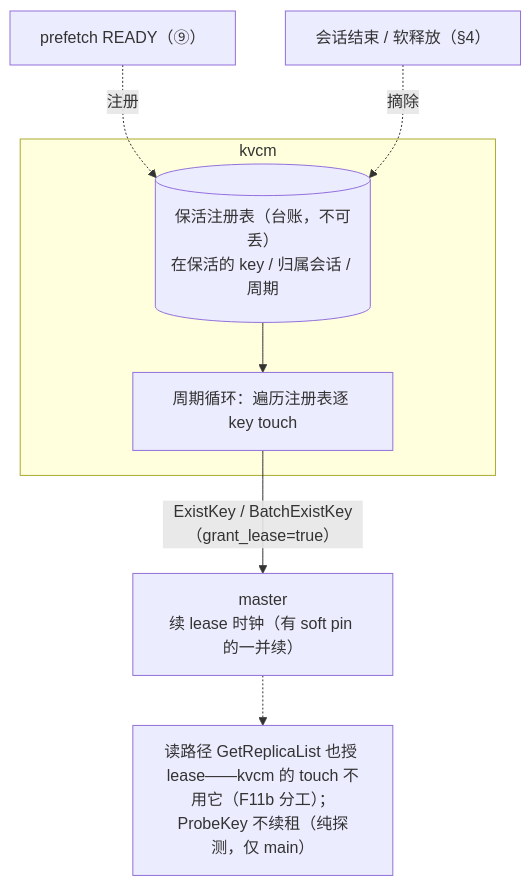
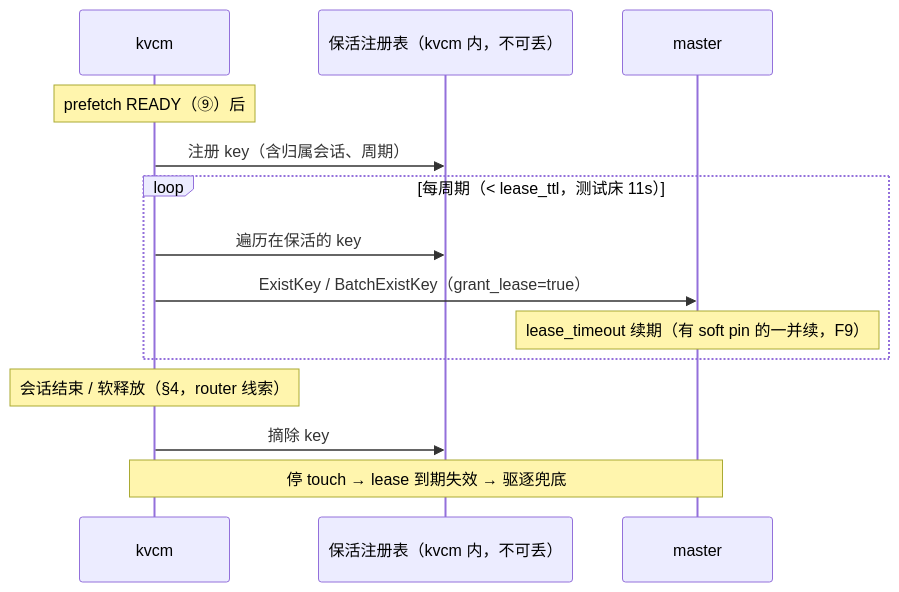
One commit to 5x8-40/lake changed the fourth of 10 diagrams in kvcm/D2-kv-operations.md. Above: the diagram before and after it, drawn with Mermaid. The commit also changed other lines of this file, not shown here.

Commit message:
docs(kvcm): 图③ keepalive 改时序图——注册/循环/摘除时间流
- flowchart 改 sequenceDiagram：kvcm / 保活注册表 / master 三角色，
  注册（prefetch READY）→ loop 周期 touch → 摘除（会话结束）天然
  时间流；注册表保留为独立角色（不可丢台账）
- loop 块表周期（< lease_ttl，测试床 11s）；「停 touch→lease 到期
  →驱逐兜底」的失效链标在时间轴尾
- GetReplicaList 授 lease / ProbeKey 不续租的分工注记移图下正文

````diff
--- a/kvcm/D2-kv-operations.md
+++ b/kvcm/D2-kv-operations.md
@@ -339,13 +339,17 @@
 ```mermaid
-flowchart TB
-    subgraph KVCM["kvcm"]
-        REG[("保活注册表（台账，不可丢）<br/>在保活的 key / 归属会话 / 周期")]
-        LOOP["周期循环：遍历注册表逐 key touch"]
-        REG --> LOOP
+sequenceDiagram
+    participant K as kvcm
+    participant R as 保活注册表（kvcm 内，不可丢）
+    participant M as master
+
+    Note over K: prefetch READY（⑨）后
+    K->>R: 注册 key（含归属会话、周期）
+    loop 每周期（< lease_ttl，测试床 11s）
+        K->>R: 遍历在保活的 key
+        K->>M: ExistKey / BatchExistKey（grant_lease=true）
+        Note over M: lease_timeout 续期（有 soft pin 的一并续，F9）
     end
-    E1["prefetch READY（⑨）"] -.->|"注册"| REG
-    E2["会话结束 / 软释放（§4）"] -.->|"摘除"| REG
-    LOOP -->|"ExistKey / BatchExistKey（grant_lease=true）"| M["master<br/>续 lease 时钟（有 soft pin 的一并续）"]
-    N["读路径 GetReplicaList 也授 lease——kvcm 的 touch 不用它（F11b 分工）；<br/>ProbeKey 不续租（纯探测，仅 main）"]
-    M -.-> N
+    Note over K: 会话结束 / 软释放（§4，router 线索）
+    K->>R: 摘除 key
+    Note over K,M: 停 touch → lease 到期失效 → 驱逐兜底
 ```
````
